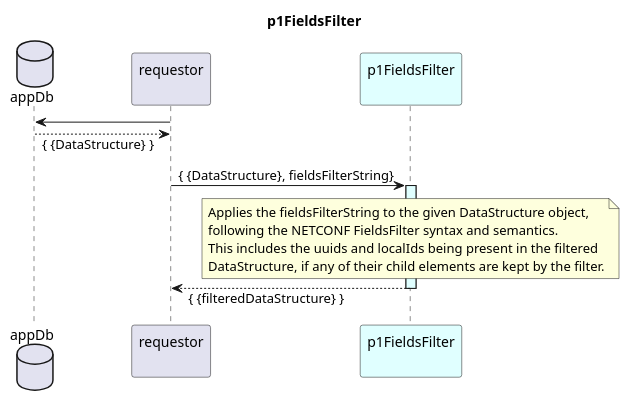
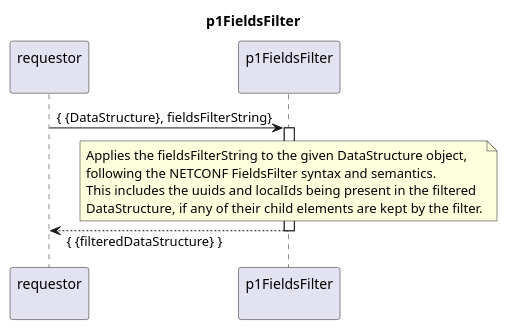
One commit to openBackhaul/DevicePerformanceManagementDataProcessor changed the diagram in spec/Functions/p1StreamPmData/p1ProcessDevice/p1LoadRawCc/p1FieldsFilter/1.0.0/p1FieldsFilter.plantuml. Above: the diagram before and after it, drawn with PlantUML. The commit also changed 19 other files, not shown here.

```diff
--- a/spec/Functions/p1StreamPmData/p1ProcessDevice/p1LoadRawCc/p1FieldsFilter/1.0.0/p1FieldsFilter.plantuml
+++ b/spec/Functions/p1StreamPmData/p1ProcessDevice/p1LoadRawCc/p1FieldsFilter/1.0.0/p1FieldsFilter.plantuml
@@ -1,27 +1,23 @@
 @startuml p1FieldsFilter
 skinparam responseMessageBelowArrow true
 
 title
   p1FieldsFilter
 end title
 
-database "appDb" as appDb
 participant "requestor\n" as requestor
-participant "p1FieldsFilter\n" as pFF #LightCyan
-
-requestor -> appDb
-requestor <-- appDb : { {DataStructure} }
+participant "p1FieldsFilter\n" as pFF
 
 requestor -> pFF : { {DataStructure}, fieldsFilterString}
-activate pFF #LightCyan
+activate pFF
   note over pFF
     Applies the fieldsFilterString to the given DataStructure object,
     following the NETCONF FieldsFilter syntax and semantics.
     This includes the uuids and localIds being present in the filtered
     DataStructure, if any of their child elements are kept by the filter.
   end note
 
 requestor <-- pFF : { {filteredDataStructure} }
 deactivate pFF
 
 @enduml
```
